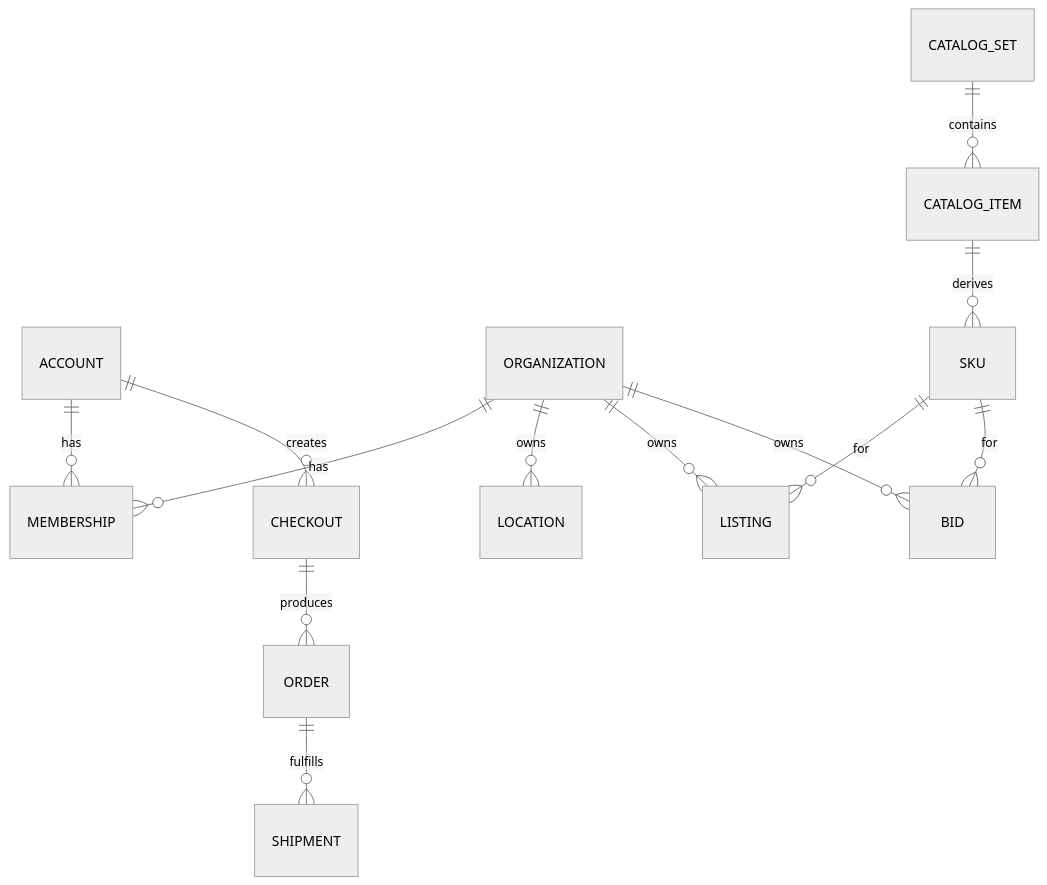
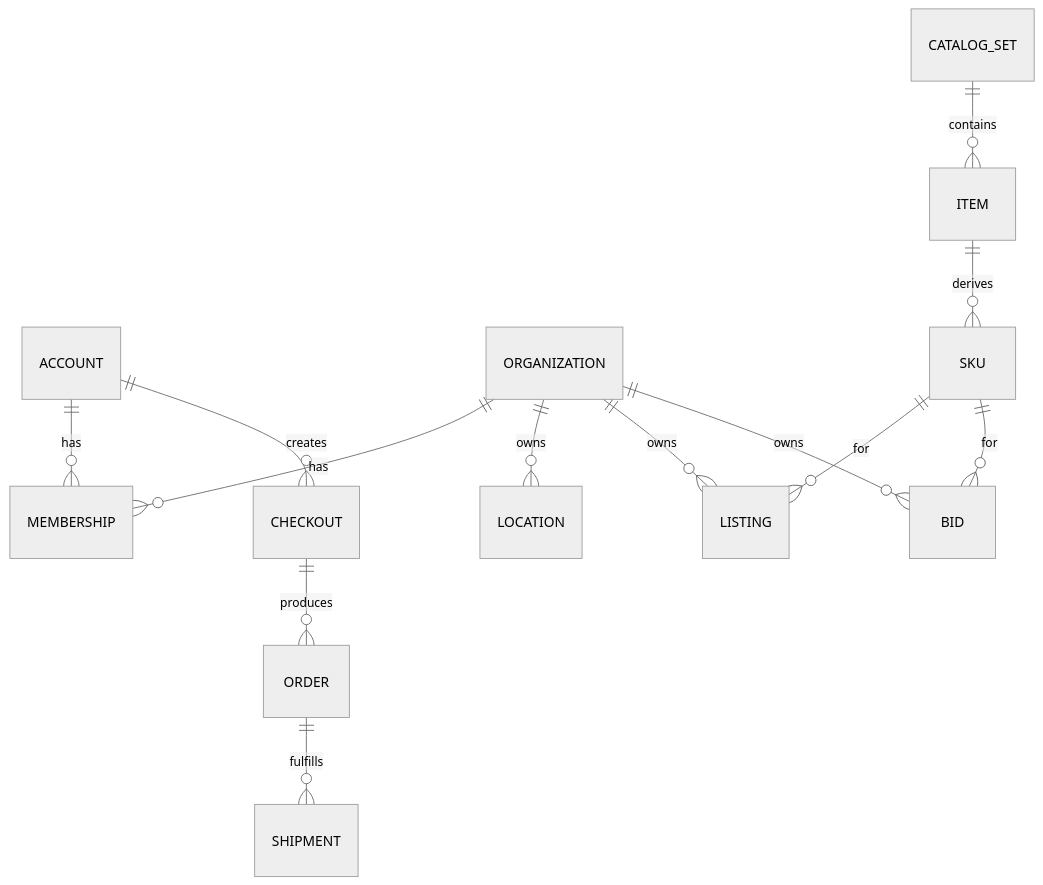
Before and after one commit to todd-skelton/chase-sets: the diagram in artifacts/02-domain-model-and-glossary.md, drawn with Mermaid (neutral theme). The commit also changed other lines of this file and 41 other files, not shown here.

````diff
--- a/artifacts/02-domain-model-and-glossary.md
+++ b/artifacts/02-domain-model-and-glossary.md
@@ -91,15 +91,15 @@
 ```mermaid
 erDiagram
   ACCOUNT ||--o{ MEMBERSHIP : has
   ORGANIZATION ||--o{ MEMBERSHIP : has
   ORGANIZATION ||--o{ LOCATION : owns
-  CATALOG_SET ||--o{ CATALOG_ITEM : contains
-  CATALOG_ITEM ||--o{ SKU : derives
+  CATALOG_SET ||--o{ ITEM : contains
+  ITEM ||--o{ SKU : derives
   ORGANIZATION ||--o{ LISTING : owns
   ORGANIZATION ||--o{ BID : owns
   SKU ||--o{ LISTING : for
   SKU ||--o{ BID : for
   ACCOUNT ||--o{ CHECKOUT : creates
   CHECKOUT ||--o{ ORDER : produces
   ORDER ||--o{ SHIPMENT : fulfills
 ```
````
